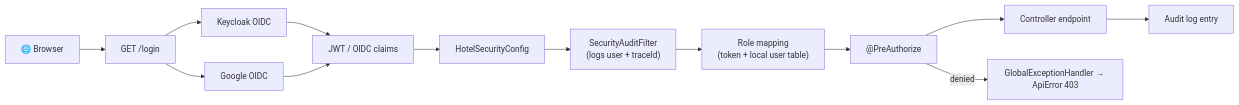
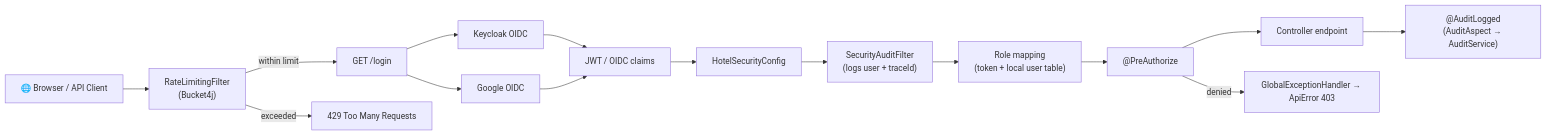
One commit to byte2code/hotel-management-api changed the fourth of 9 diagrams in README.md. Above: the diagram before and after it, drawn with Mermaid. The commit also changed other lines of this file, not shown here.

````diff
--- a/README.md
+++ b/README.md
@@ -349,15 +289,18 @@
 ```mermaid
 flowchart LR
-    Browser["🌐 Browser"] --> Login["GET /login"]
+    Browser["🌐 Browser / API Client"] --> RateLimitF["RateLimitingFilter\n(Bucket4j)"]
+    RateLimitF -->|within limit| Login["GET /login"]
+    RateLimitF -->|exceeded| HTTP429["429 Too Many Requests"]
+
     Login --> Keycloak["Keycloak OIDC"]
     Login --> Google["Google OIDC"]
     Keycloak --> Token["JWT / OIDC claims"]
     Google --> Token
     Token --> Security["HotelSecurityConfig"]
     Security --> AuditFilter["SecurityAuditFilter\n(logs user + traceId)"]
     AuditFilter --> RoleMap["Role mapping\n(token + local user table)"]
     RoleMap --> PreAuth["@PreAuthorize"]
     PreAuth --> Endpoint["Controller endpoint"]
-    Endpoint --> Audit["Audit log entry"]
+    Endpoint --> AOP["@AuditLogged\n(AuditAspect → AuditService)"]
     PreAuth -->|denied| ExHandler["GlobalExceptionHandler → ApiError 403"]
 ```
````
